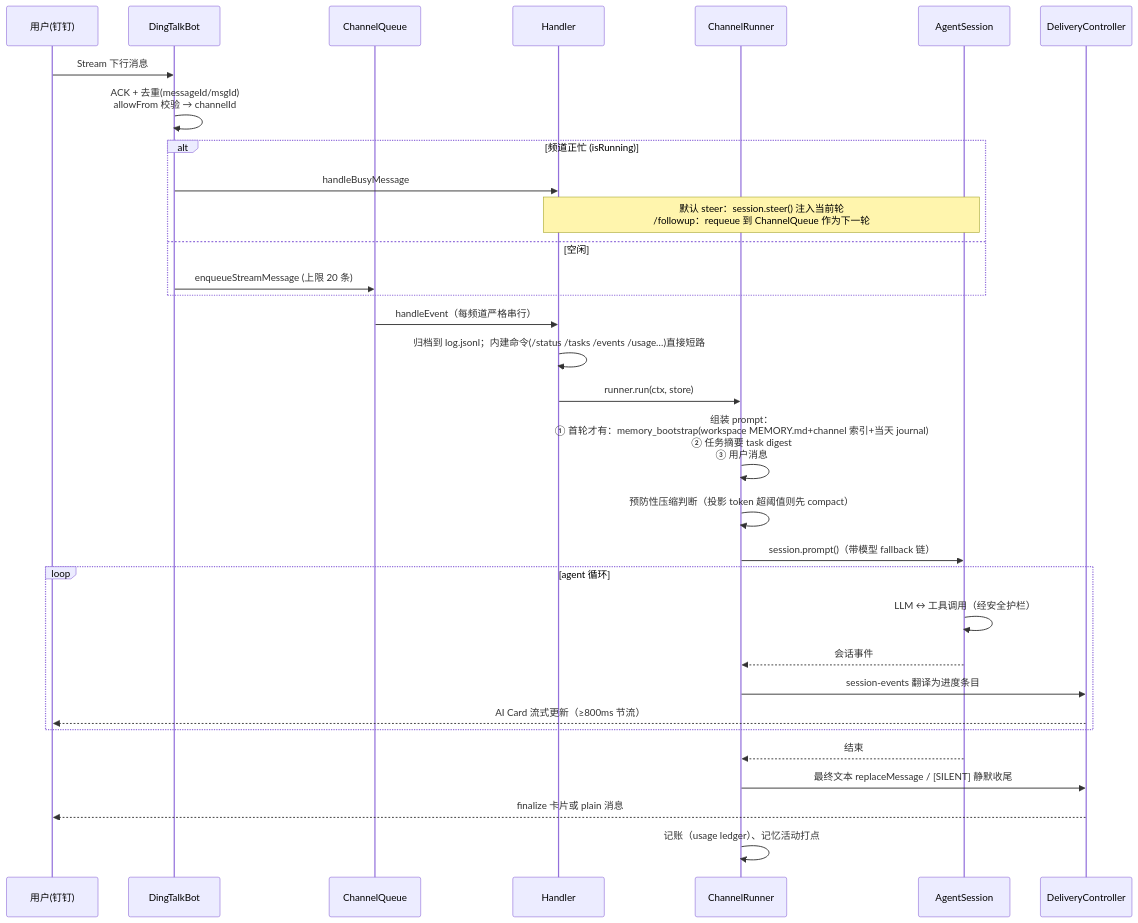
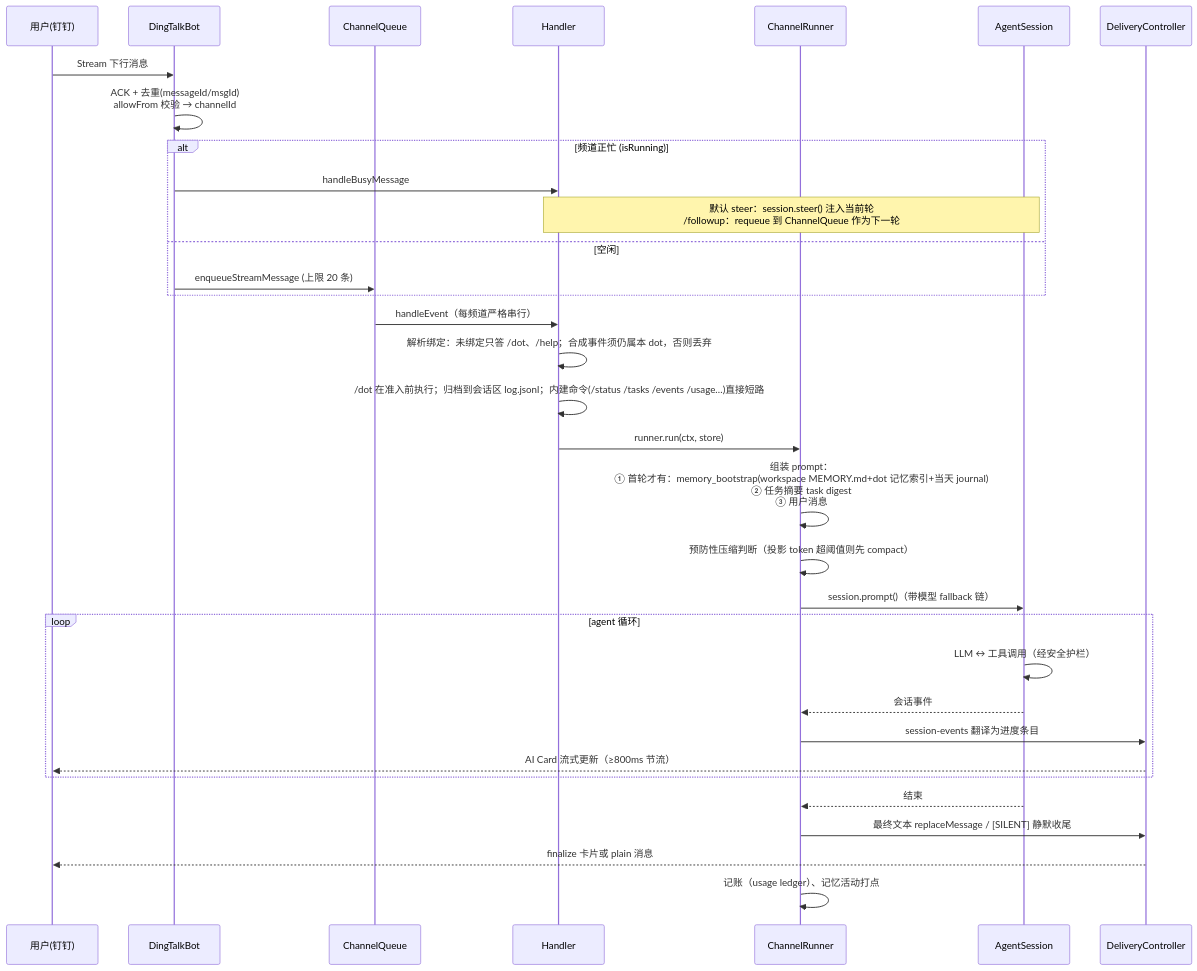
The second of 4 diagrams in docs/architecture.md (oyasmi/pipiclaw), drawn with Mermaid before and after one commit. The commit also changed other lines of this file and 22 other files, not shown here.

````diff
--- a/docs/architecture.md
+++ b/docs/architecture.md
@@ -110,35 +113,36 @@
 ```mermaid
 sequenceDiagram
     participant U as 用户(钉钉)
     participant B as DingTalkBot
     participant Q as ChannelQueue
     participant H as Handler
     participant R as ChannelRunner
     participant S as AgentSession
     participant D as DeliveryController
 
     U->>B: Stream 下行消息
     B->>B: ACK + 去重(messageId/msgId)<br/>allowFrom 校验 → channelId
     alt 频道正忙 (isRunning)
         B->>H: handleBusyMessage
         Note over H,S: 默认 steer：session.steer() 注入当前轮<br/>/followup：requeue 到 ChannelQueue 作为下一轮
     else 空闲
         B->>Q: enqueueStreamMessage (上限 20 条)
     end
     Q->>H: handleEvent（每频道严格串行）
-    H->>H: 归档到 log.jsonl；内建命令(/status /tasks /events /usage…)直接短路
+    H->>H: 解析绑定：未绑定只答 /dot、/help；合成事件须仍属本 dot，否则丢弃
+    H->>H: /dot 在准入前执行；归档到会话区 log.jsonl；内建命令(/status /tasks /events /usage…)直接短路
     H->>R: runner.run(ctx, store)
-    R->>R: 组装 prompt：<br/>① 首轮才有：memory_bootstrap(workspace MEMORY.md+channel 索引+当天 journal)<br/>② 任务摘要 task digest<br/>③ 用户消息
+    R->>R: 组装 prompt：<br/>① 首轮才有：memory_bootstrap(workspace MEMORY.md+dot 记忆索引+当天 journal)<br/>② 任务摘要 task digest<br/>③ 用户消息
     R->>R: 预防性压缩判断（投影 token 超阈值则先 compact）
     R->>S: session.prompt()（带模型 fallback 链）
     loop agent 循环
         S->>S: LLM ↔ 工具调用（经安全护栏）
         S-->>R: 会话事件
         R->>D: session-events 翻译为进度条目
         D-->>U: AI Card 流式更新（≥800ms 节流）
     end
     S-->>R: 结束
     R->>D: 最终文本 replaceMessage / [SILENT] 静默收尾
     D-->>U: finalize 卡片或 plain 消息
     R->>R: 记账（usage ledger）、记忆活动打点
 ```
````
